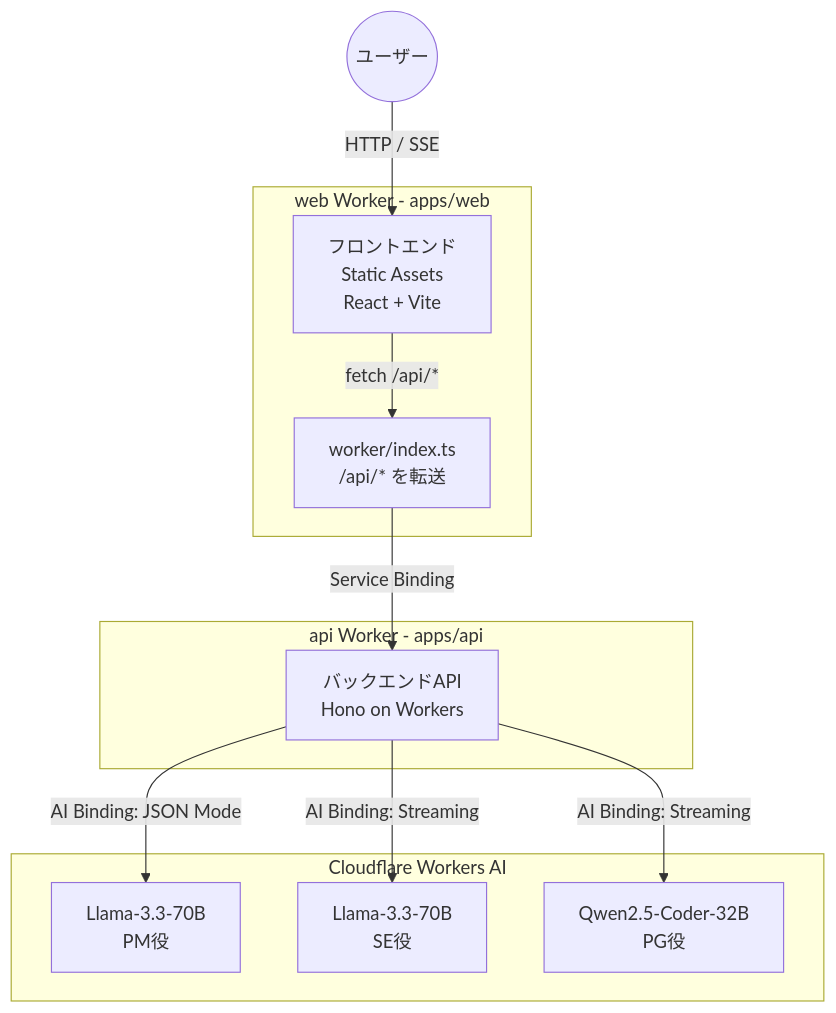
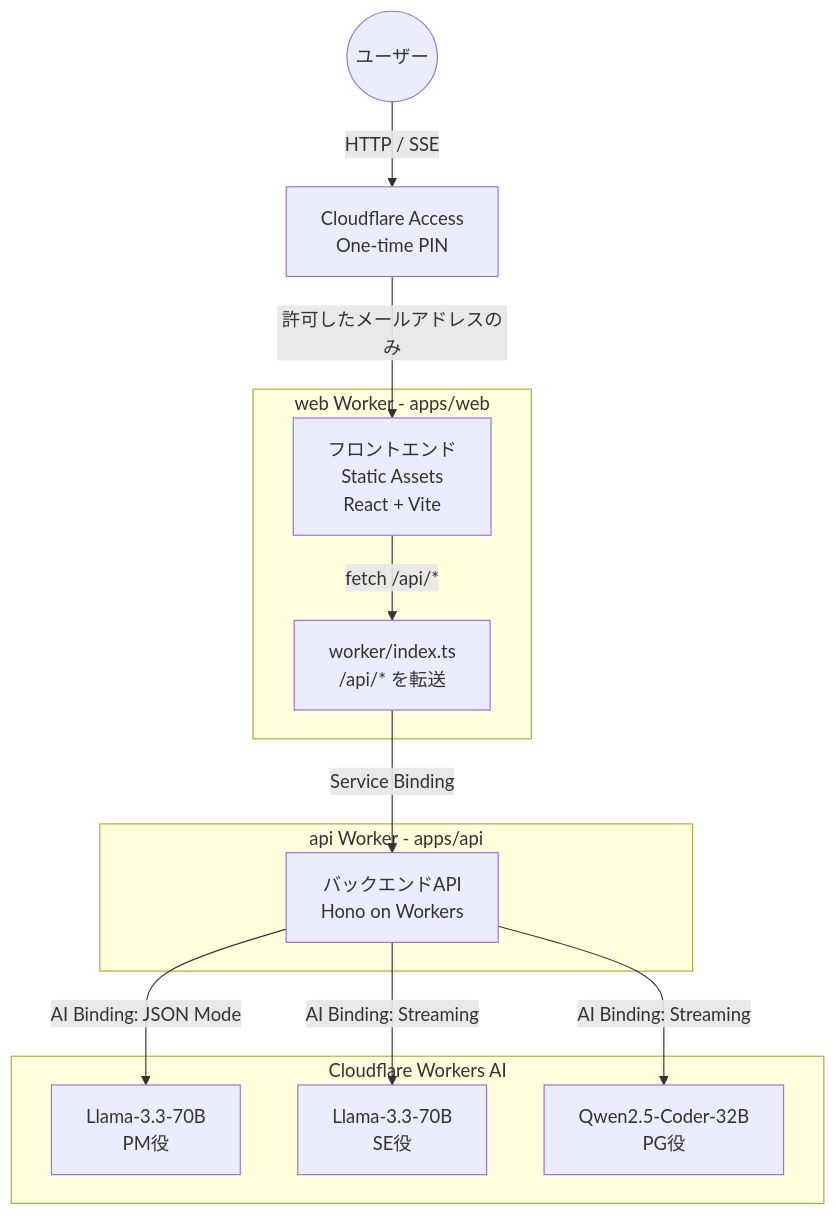
The first of 2 diagrams in CLAUDE.md (yoshihicode/workers_ai_dev_team), drawn with Mermaid before and after one commit. The commit also changed other lines of this file and 3 other files, not shown here.

Commit message:
feat: Add authorication by one-time pin.

````diff
--- a/CLAUDE.md
+++ b/CLAUDE.md
@@ -33,26 +33,28 @@
 ```mermaid
 graph TD
     User((ユーザー))
+    Access["Cloudflare Access<br/>One-time PIN"]
 
     subgraph WEB [web Worker - apps/web]
         Front["フロントエンド<br/>Static Assets<br/>React + Vite"]
         Proxy["worker/index.ts<br/>/api/* を転送"]
     end
 
     subgraph API [api Worker - apps/api]
         Backend["バックエンドAPI<br/>Hono on Workers"]
     end
 
     subgraph WAI [Cloudflare Workers AI]
         AI_PM["Llama-3.3-70B<br/>PM役"]
         AI_SE["Llama-3.3-70B<br/>SE役"]
         AI_PG["Qwen2.5-Coder-32B<br/>PG役"]
     end
 
-    User -->|HTTP / SSE| Front
+    User -->|HTTP / SSE| Access
+    Access -->|許可したメールアドレスのみ| Front
     Front -->|fetch /api/*| Proxy
     Proxy -->|Service Binding| Backend
     Backend -->|AI Binding: JSON Mode| AI_PM
     Backend -->|AI Binding: Streaming| AI_SE
     Backend -->|AI Binding: Streaming| AI_PG
 ```
````
